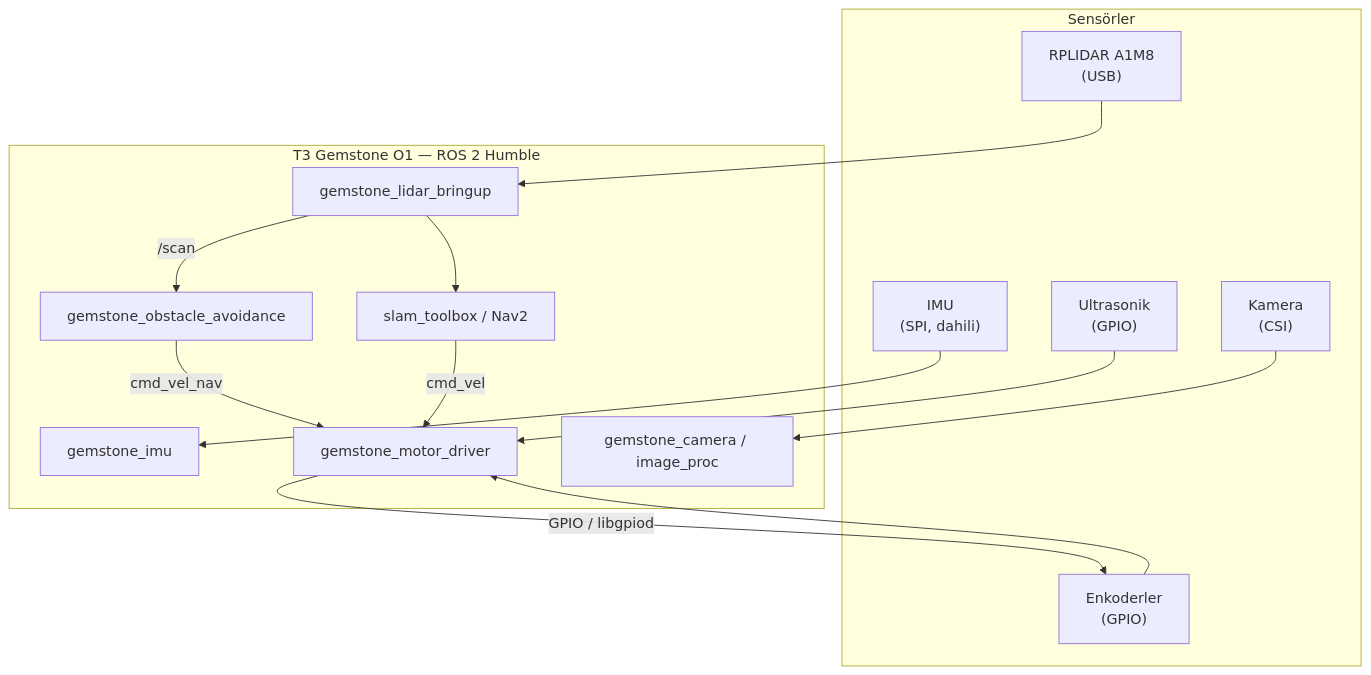
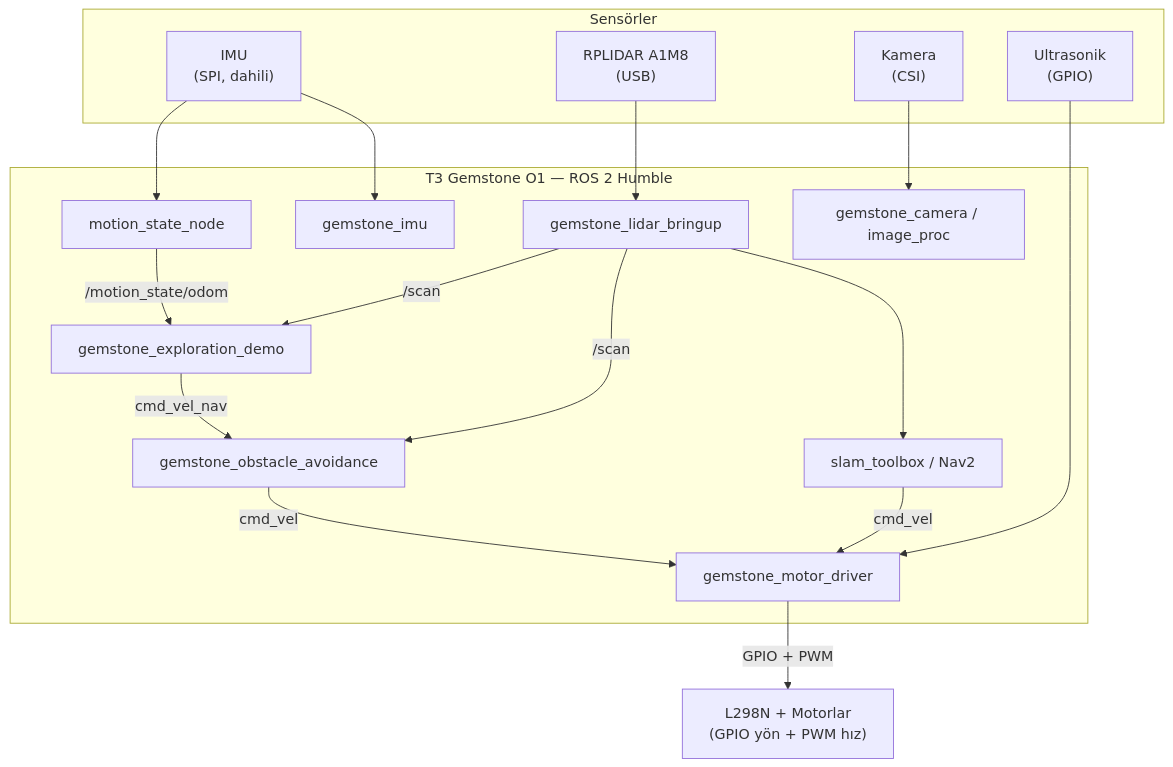
One commit to alitalhq/t3-docs changed the diagram in tr/projects/ika.mdx. Above: the diagram before and after it, drawn with Mermaid. The commit also changed other lines of this file and 1 other file, not shown here.

Commit message:
docs: update İKA/UGV project page for L298N + PWM + new packages
Motor+encoder wording replaced with the actual L298N + GPIO/PWM setup
(no encoder, IMU-based motion tracking); added gemstone_exploration_demo
and gemstone_sim to the package table and architecture diagram (TR+EN).

````diff
--- a/tr/projects/ika.mdx
+++ b/tr/projects/ika.mdx
@@ -63,31 +65,37 @@
 ```mermaid
 flowchart TB
     subgraph SENSORS["Sensörler"]
         IMU["IMU\n(SPI, dahili)"]
         LIDAR["RPLIDAR A1M8\n(USB)"]
         CAM["Kamera\n(CSI)"]
-        ENC["Enkoderler\n(GPIO)"]
         US["Ultrasonik\n(GPIO)"]
     end
 
     subgraph O1["T3 Gemstone O1 — ROS 2 Humble"]
         NODE_IMU[gemstone_imu]
         NODE_MOTOR[gemstone_motor_driver]
+        NODE_STATE[motion_state_node]
         NODE_LIDAR[gemstone_lidar_bringup]
         NODE_CAM[gemstone_camera / image_proc]
         NODE_AVOID[gemstone_obstacle_avoidance]
+        NODE_EXPLORE[gemstone_exploration_demo]
         SLAM[slam_toolbox / Nav2]
     end
 
+    MOTORS["L298N + Motorlar\n(GPIO yön + PWM hız)"]
+
     IMU --> NODE_IMU
+    IMU --> NODE_STATE
     LIDAR --> NODE_LIDAR
     CAM --> NODE_CAM
-    ENC --> NODE_MOTOR
     US --> NODE_MOTOR
 
     NODE_LIDAR --> SLAM
     NODE_LIDAR -->|"/scan"| NODE_AVOID
-    NODE_AVOID -->|"cmd_vel_nav"| NODE_MOTOR
+    NODE_LIDAR -->|"/scan"| NODE_EXPLORE
+    NODE_STATE -->|"/motion_state/odom"| NODE_EXPLORE
+    NODE_EXPLORE -->|"cmd_vel_nav"| NODE_AVOID
+    NODE_AVOID -->|"cmd_vel"| NODE_MOTOR
     SLAM -->|"cmd_vel"| NODE_MOTOR
-    NODE_MOTOR -->|"GPIO / libgpiod"| ENC
+    NODE_MOTOR -->|"GPIO + PWM"| MOTORS
 ```
````
